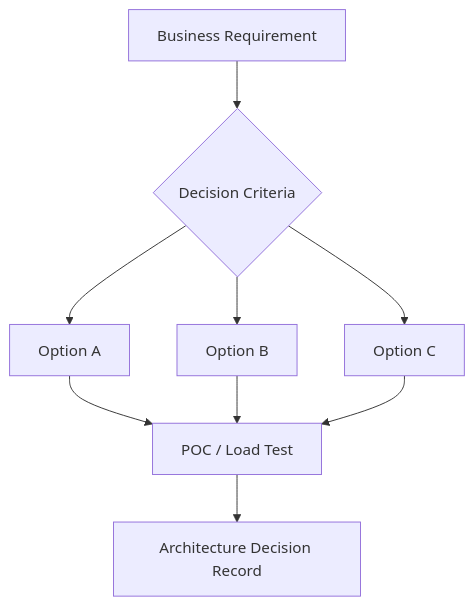
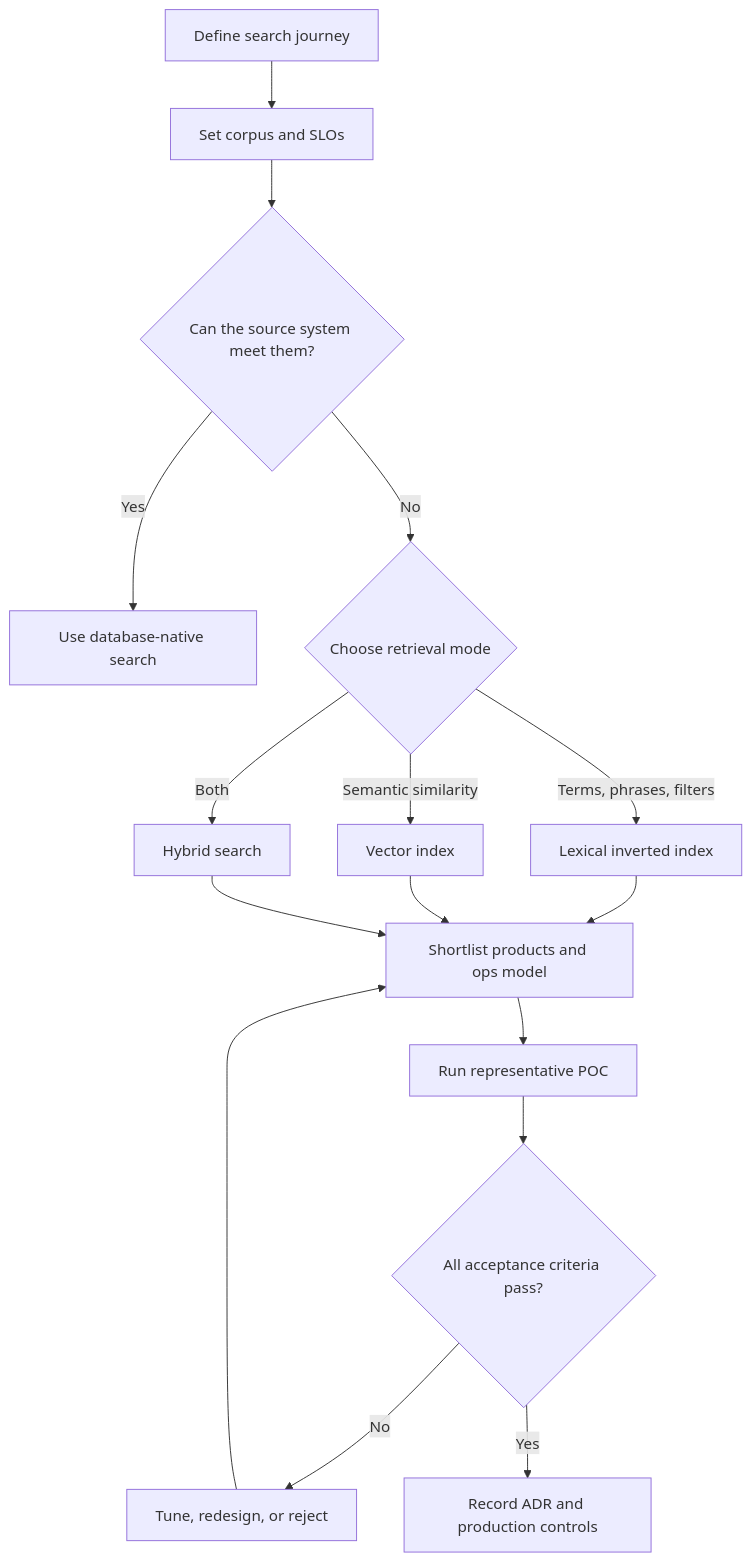
One commit to pradeep2Tech/pradeep2Tech.github.io changed the first of 3 diagrams in content/technology-playbook/how-to-choose-search-engine.md. Above: the diagram before and after it, drawn with Mermaid. The commit also changed other lines of this file and 10 other files, not shown here.

````diff
--- a/content/technology-playbook/how-to-choose-search-engine.md
+++ b/content/technology-playbook/how-to-choose-search-engine.md
@@ -32,11 +96,18 @@
 ```mermaid
 flowchart TD
-  req[Business Requirement] --> criteria{Decision Criteria}
-  criteria --> optionA[Option A]
-  criteria --> optionB[Option B]
-  criteria --> optionC[Option C]
-  optionA --> validate[POC / Load Test]
-  optionB --> validate
-  optionC --> validate
-  validate --> decision[Architecture Decision Record]
+  A[Define search journey] --> B[Set corpus and SLOs]
+  B --> C{Can the source system meet them?}
+  C -->|Yes| D[Use database-native search]
+  C -->|No| E{Choose retrieval mode}
+  E -->|Terms, phrases, filters| F[Lexical inverted index]
+  E -->|Semantic similarity| G[Vector index]
+  E -->|Both| H[Hybrid search]
+  F --> I[Shortlist products and ops model]
+  G --> I
+  H --> I
+  I --> J[Run representative POC]
+  J --> K{All acceptance criteria pass?}
+  K -->|No| L[Tune, redesign, or reject]
+  L --> I
+  K -->|Yes| M[Record ADR and production controls]
 ```
````
